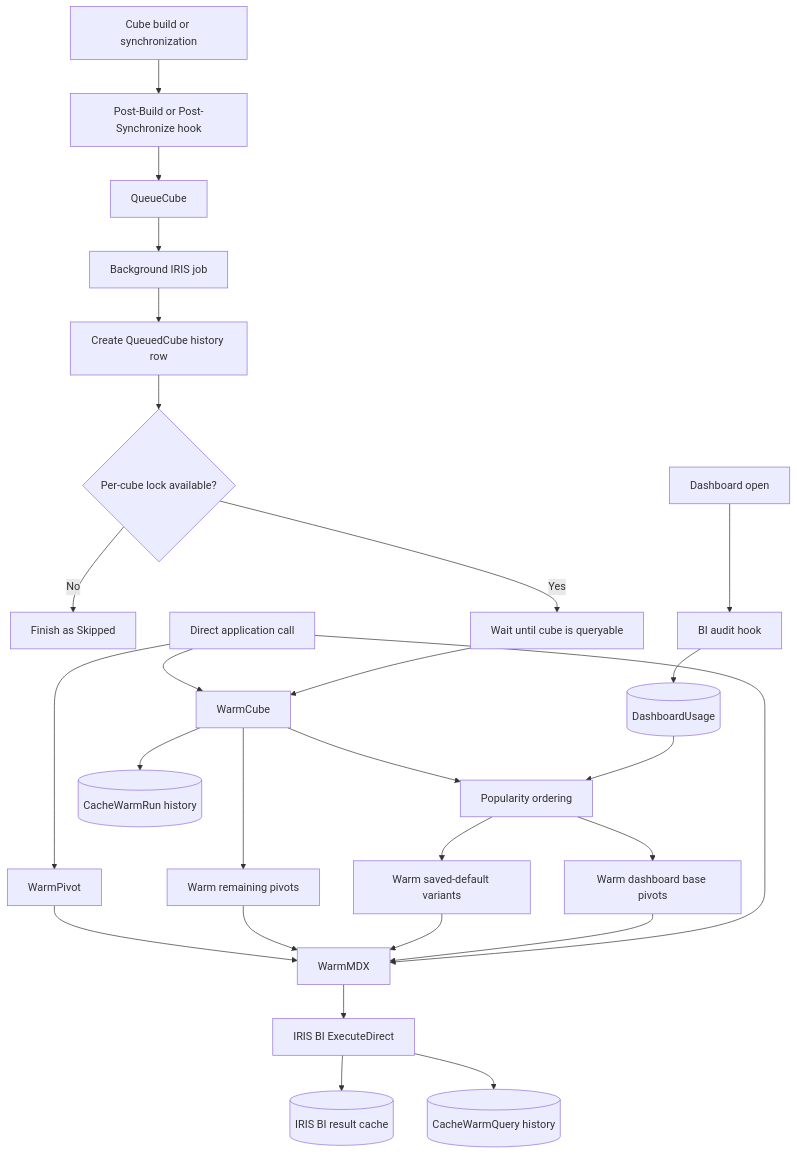
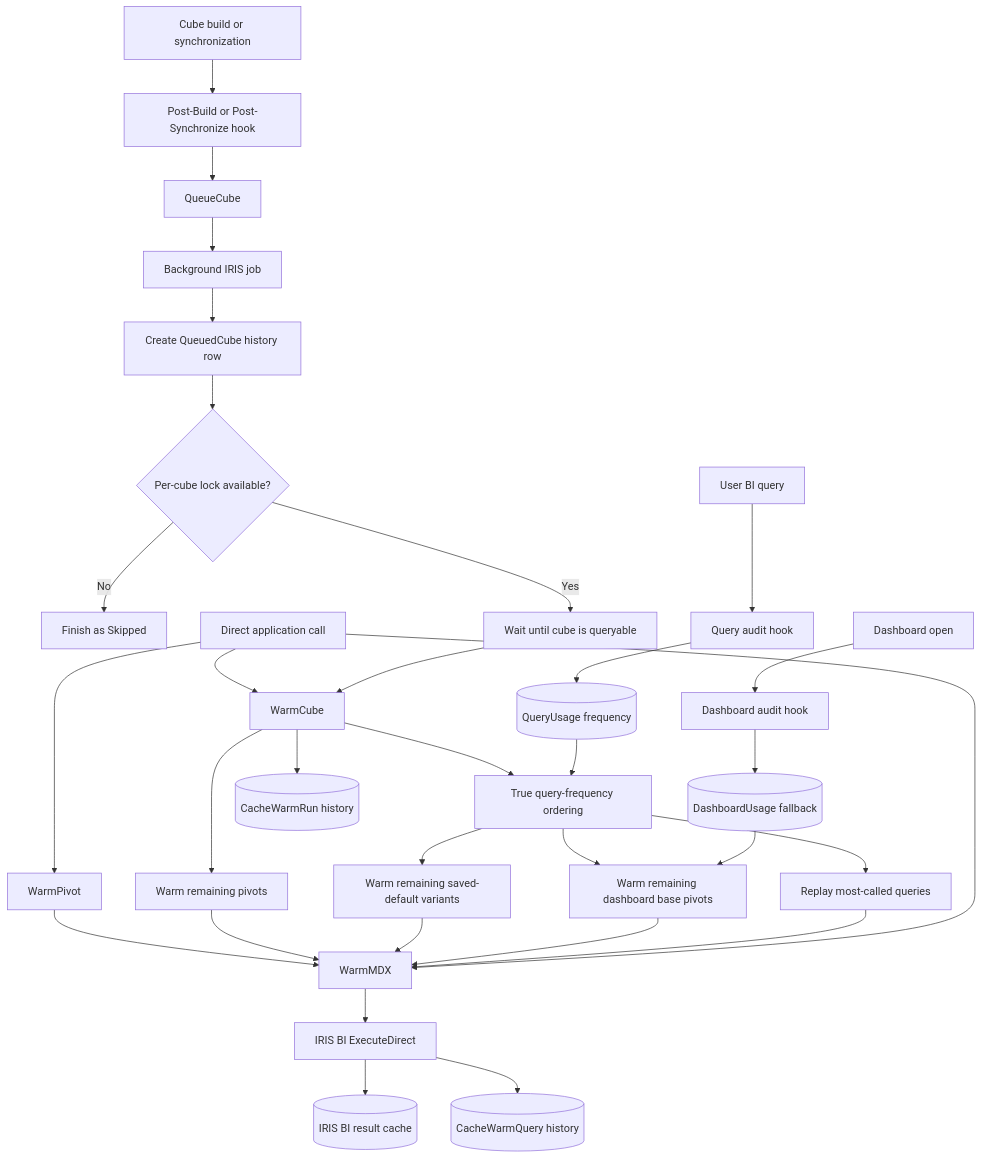
One commit to josaliba/deepsee-cube-cache-warmer changed the diagram in README.md. Above: the diagram before and after it, drawn with Mermaid. The commit also changed other lines of this file and 12 other files, not shown here.

Commit message:
Order cache warming by true query frequency

````diff
--- a/README.md
+++ b/README.md
@@ -18,32 +18,37 @@
 ```mermaid
 flowchart TD
     A[Cube build or synchronization] --> B[Post-Build or Post-Synchronize hook]
     B --> C[QueueCube]
     C --> D[Background IRIS job]
     D --> E[Create QueuedCube history row]
     E --> F{Per-cube lock available?}
     F -- No --> G[Finish as Skipped]
     F -- Yes --> H[Wait until cube is queryable]
     H --> I[WarmCube]
 
     J[Direct application call] --> I
     J --> K[WarmPivot]
     J --> L[WarmMDX]
 
-    M[Dashboard open] --> N[BI audit hook]
-    N --> O[(DashboardUsage)]
-    O --> P[Popularity ordering]
+    M[User BI query] --> N[Query audit hook]
+    N --> O[(QueryUsage frequency)]
+    O --> P[True query-frequency ordering]
+    I --> P
+    P --> X[Replay most-called queries]
 
-    I --> P
-    P --> Q[Warm dashboard base pivots]
-    P --> R[Warm saved-default variants]
+    Y[Dashboard open] --> Z[Dashboard audit hook]
+    Z --> AA[(DashboardUsage fallback)]
+    AA --> Q
+    P --> Q[Warm remaining dashboard base pivots]
+    P --> R[Warm remaining saved-default variants]
     I --> S[Warm remaining pivots]
+    X --> L
     Q --> L
     R --> L
     S --> L
     K --> L
     L --> T[IRIS BI ExecuteDirect]
     T --> U[(IRIS BI result cache)]
     T --> V[(CacheWarmQuery history)]
     I --> W[(CacheWarmRun history)]
 ```
````
